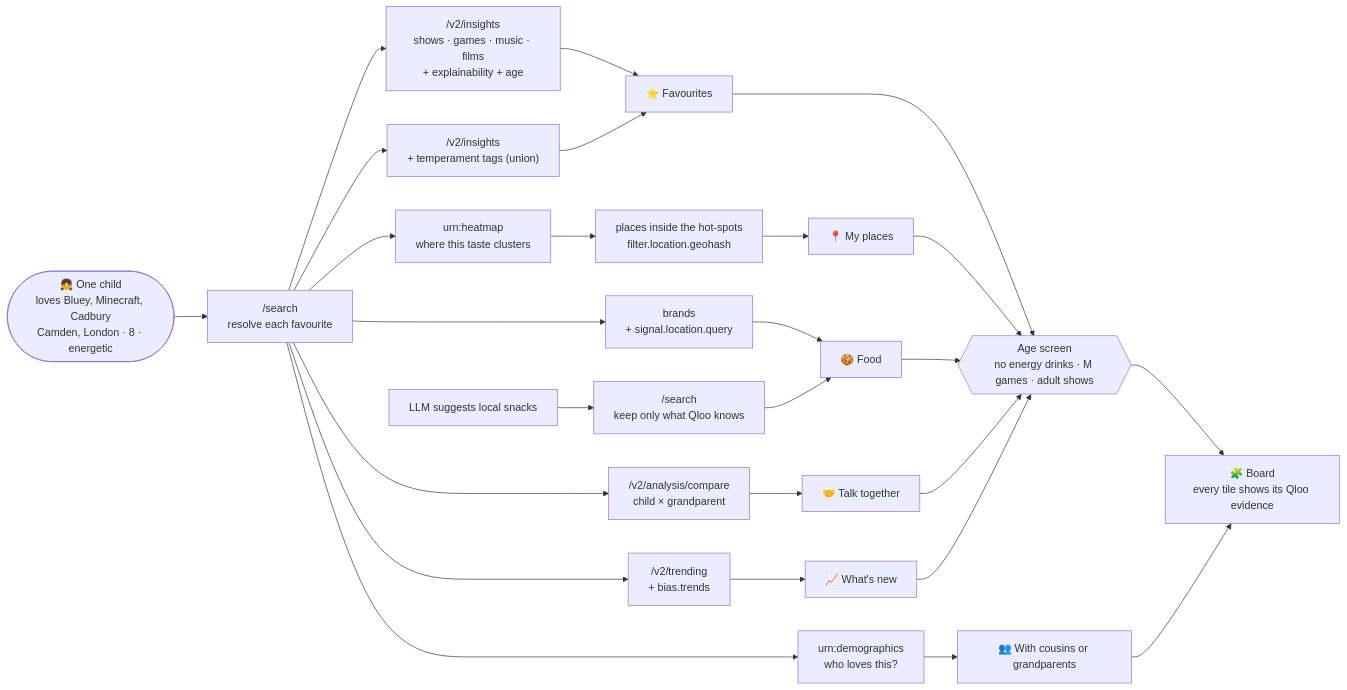
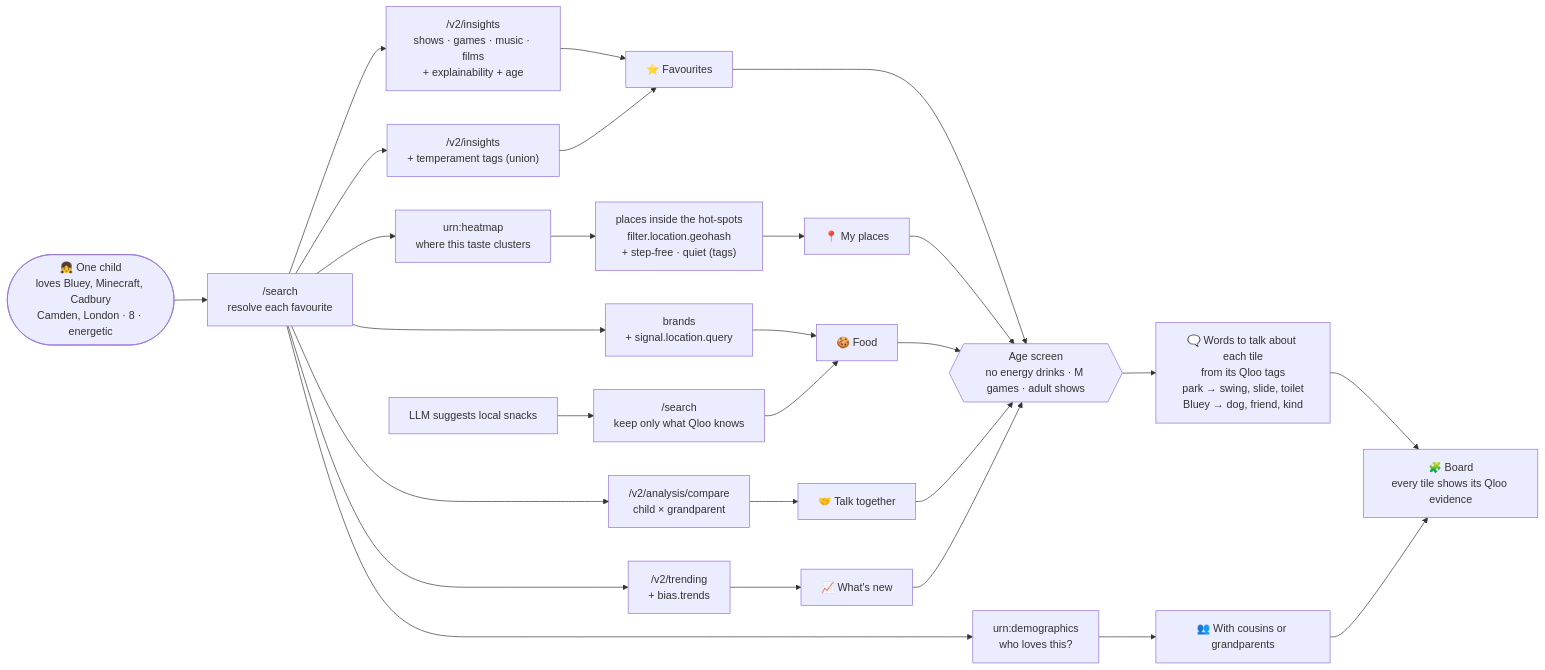
Before and after one commit to sonalverdtu/hometiles: the diagram in docs/diagrams/qloo-flow.mmd, drawn with Mermaid. The commit also changed 21 other files, not shown here.

First line of the commit message:
Qloo for communication: words to talk about each tile, and a communication step in the wizard

```diff
--- a/docs/diagrams/qloo-flow.mmd
+++ b/docs/diagrams/qloo-flow.mmd
@@ -1,26 +1,27 @@
 flowchart LR
   KID(["👧 One child<br/>loves Bluey, Minecraft, Cadbury<br/>Camden, London · 8 · energetic"])
 
   KID --> SEARCH["/search<br/>resolve each favourite"]
   SEARCH --> INS["/v2/insights<br/>shows · games · music · films<br/>+ explainability + age"]
   SEARCH --> TAGS["/v2/insights<br/>+ temperament tags (union)"]
   SEARCH --> HEAT["urn:heatmap<br/>where this taste clusters"]
-  HEAT --> GEO["places inside the hot-spots<br/>filter.location.geohash"]
+  HEAT --> GEO["places inside the hot-spots<br/>filter.location.geohash<br/>+ step-free · quiet (tags)"]
   SEARCH --> BRAND["brands<br/>+ signal.location.query"]
   AI["LLM suggests local snacks"] --> VERIFY["/search<br/>keep only what Qloo knows"]
   SEARCH --> CMP["/v2/analysis/compare<br/>child × grandparent"]
   SEARCH --> DEMO["urn:demographics<br/>who loves this?"]
   SEARCH --> TREND["/v2/trending<br/>+ bias.trends"]
 
   INS --> FAV["⭐ Favourites"]
   TAGS --> FAV
   GEO --> PLACES["📍 My places"]
   BRAND --> FOOD["🍪 Food"]
   VERIFY --> FOOD
   CMP --> TOG["🤝 Talk together"]
   DEMO --> WHO["👥 With cousins or grandparents"]
   TREND --> NEW["📈 What's new"]
 
   FAV & PLACES & FOOD & TOG & NEW --> SCREEN{{"Age screen<br/>no energy drinks · M games · adult shows"}}
-  SCREEN --> BOARD["🧩 Board<br/>every tile shows its Qloo evidence"]
+  SCREEN --> TALK["🗨️ Words to talk about each tile<br/>from its Qloo tags<br/>park → swing, slide, toilet<br/>Bluey → dog, friend, kind"]
+  TALK --> BOARD["🧩 Board<br/>every tile shows its Qloo evidence"]
   WHO --> BOARD
```
